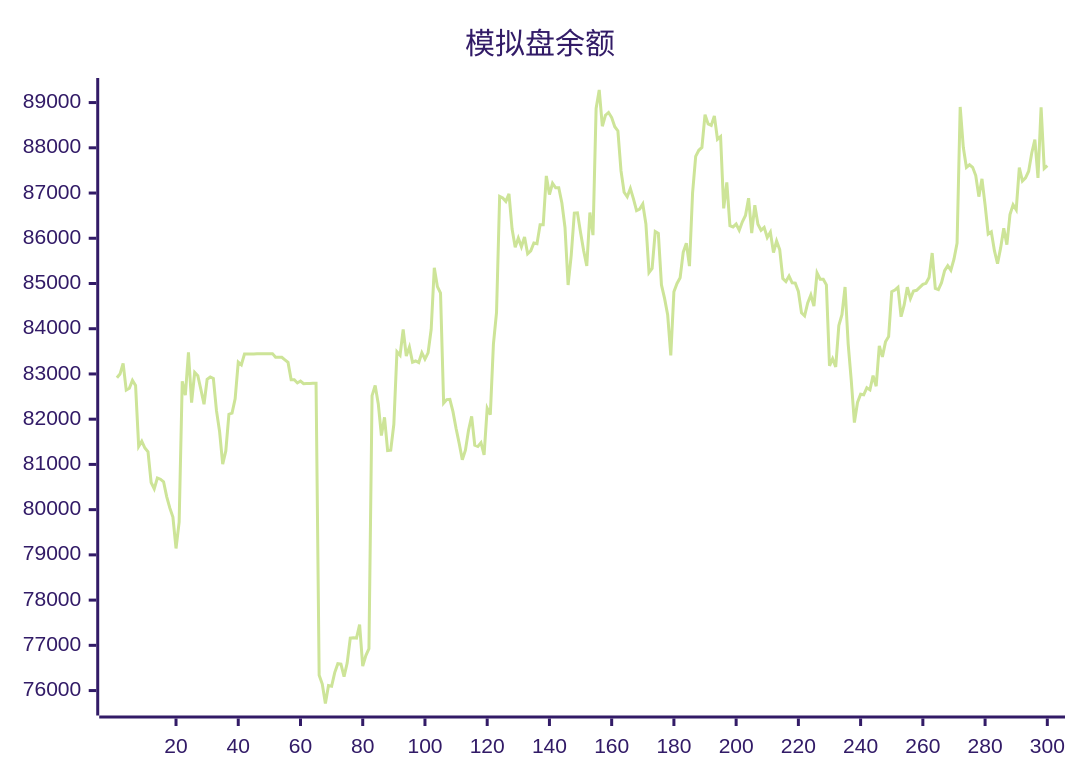
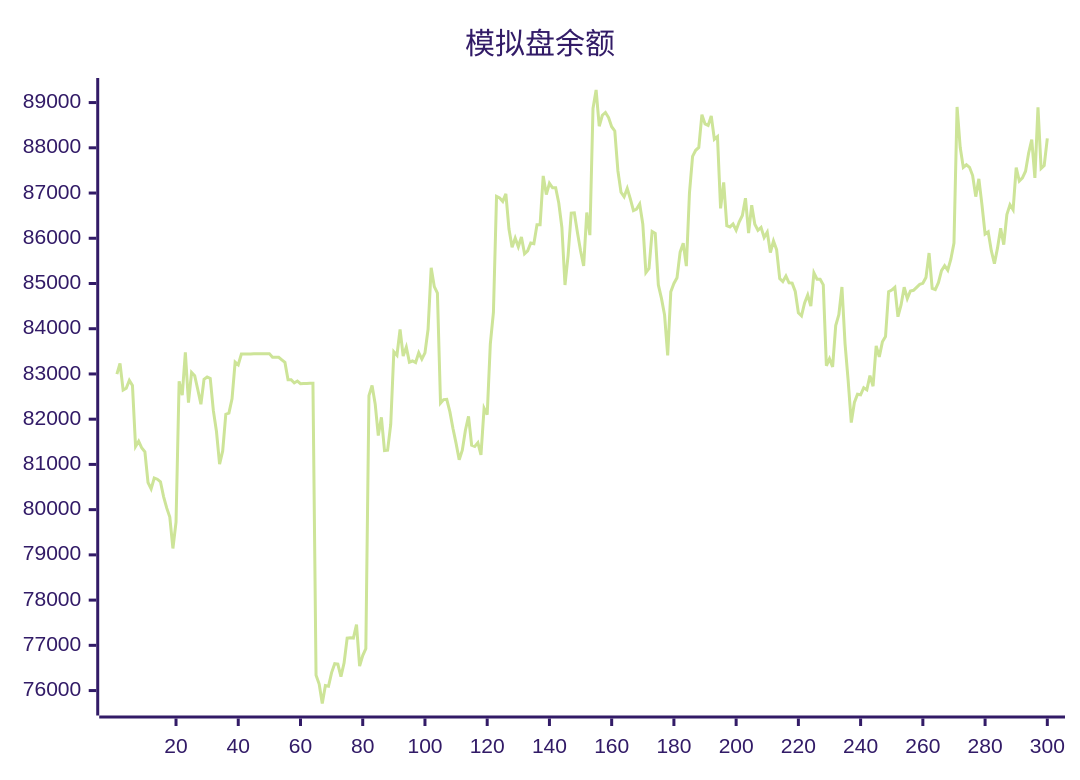
The diagram in README.md (aahl/ai-trading), drawn with Mermaid (forest theme) before and after one commit. The commit also changed other lines of this file and 1 other file, not shown here.

````diff
--- a/README.md
+++ b/README.md
@@ -5,5 +5,5 @@
 ```mermaid
 xychart
     title "模拟盘余额"
-    line [82915,82998,83235,82642,82682,82858,82746,81396,81512,81362,81277,80600,80461,80699,80673,80616,80288,80038,79836,79142,79722,82837,82533,83480,82366,83032,82960,82654,82330,82883,82934,82901,82188,81728,81005,81298,82110,82135,82449,83264,83203,83440,83439,83440,83440,83446,83447,83448,83447,83448,83449,83369,83369,83369,83313,83256,82872,82873,82801,82844,82785,82791,82791,82793,82794,76339,76145,75714,76110,76096,76397,76594,76585,76310,76607,77160,77170,77160,77456,76541,76774,76927,82520,82744,82337,81639,82040,81307,81314,81887,83490,83414,83984,83396,83594,83261,83287,83253,83470,83327,83465,83987,85348,84930,84786,82355,82433,82438,82167,81795,81466,81105,81315,81756,82064,81426,81398,81481,81210,82242,82099,83658,84359,86925,86892,86814,86980,86203,85802,86003,85811,86028,85657,85721,85896,85880,86300,86299,87378,86965,87214,87115,87118,86780,86238,84966,85623,86555,86562,86129,85722,85387,86569,86070,88870,89278,88477,88720,88781,88668,88467,88372,87493,87018,86917,87102,86870,86613,86644,86758,86317,85242,85334,86149,86106,84968,84671,84302,83410,84816,85001,85127,85693,85891,85384,87001,87811,87945,88007,88734,88528,88495,88705,88189,88248,86662,87234,86279,86251,86314,86177,86364,86503,86886,86114,86731,86310,86176,86240,86017,86136,85685,85938,85749,85111,85044,85164,85016,85008,84824,84354,84287,84572,84745,84500,85234,85096,85095,84970,83180,83338,83157,84070,84309,84922,83667,82850,81924,82369,82552,82539,82695,82648,82962,82728,83619,83378,83710,83825,84819,84854,84917,84265,84527,84919,84668,84834,84850,84916,84981,85004,85131,85674,84891,84864,85019,85284,85393,85294,85538,85894,88904,88012,87567,87625,87568,87386,86920,87313,86737,86094,86143,85725,85437,85787,86219,85859,86526,86740,86630,87563,87264,87335,87483,87886,88180,87335,88894,87544,87608]
+    line [82998,83235,82642,82682,82858,82746,81396,81512,81362,81277,80600,80461,80699,80673,80616,80288,80038,79836,79142,79722,82837,82533,83480,82366,83032,82960,82654,82330,82883,82934,82901,82188,81728,81005,81298,82110,82135,82449,83264,83203,83440,83439,83440,83440,83446,83447,83448,83447,83448,83449,83369,83369,83369,83313,83256,82872,82873,82801,82844,82785,82791,82791,82793,82794,76339,76145,75714,76110,76096,76397,76594,76585,76310,76607,77160,77170,77160,77456,76541,76774,76927,82520,82744,82337,81639,82040,81307,81314,81887,83490,83414,83984,83396,83594,83261,83287,83253,83470,83327,83465,83987,85348,84930,84786,82355,82433,82438,82167,81795,81466,81105,81315,81756,82064,81426,81398,81481,81210,82242,82099,83658,84359,86925,86892,86814,86980,86203,85802,86003,85811,86028,85657,85721,85896,85880,86300,86299,87378,86965,87214,87115,87118,86780,86238,84966,85623,86555,86562,86129,85722,85387,86569,86070,88870,89278,88477,88720,88781,88668,88467,88372,87493,87018,86917,87102,86870,86613,86644,86758,86317,85242,85334,86149,86106,84968,84671,84302,83410,84816,85001,85127,85693,85891,85384,87001,87811,87945,88007,88734,88528,88495,88705,88189,88248,86662,87234,86279,86251,86314,86177,86364,86503,86886,86114,86731,86310,86176,86240,86017,86136,85685,85938,85749,85111,85044,85164,85016,85008,84824,84354,84287,84572,84745,84500,85234,85096,85095,84970,83180,83338,83157,84070,84309,84922,83667,82850,81924,82369,82552,82539,82695,82648,82962,82728,83619,83378,83710,83825,84819,84854,84917,84265,84527,84919,84668,84834,84850,84916,84981,85004,85131,85674,84891,84864,85019,85284,85393,85294,85538,85894,88904,88012,87567,87625,87568,87386,86920,87313,86737,86094,86143,85725,85437,85787,86219,85859,86526,86740,86630,87563,87264,87335,87483,87886,88180,87335,88894,87544,87608,88207]
 ```
````
